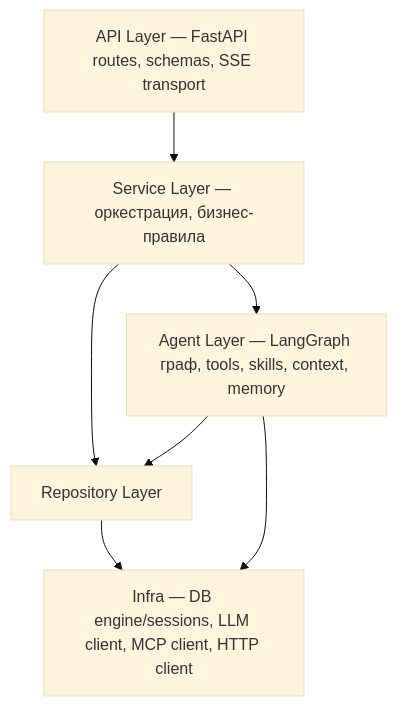
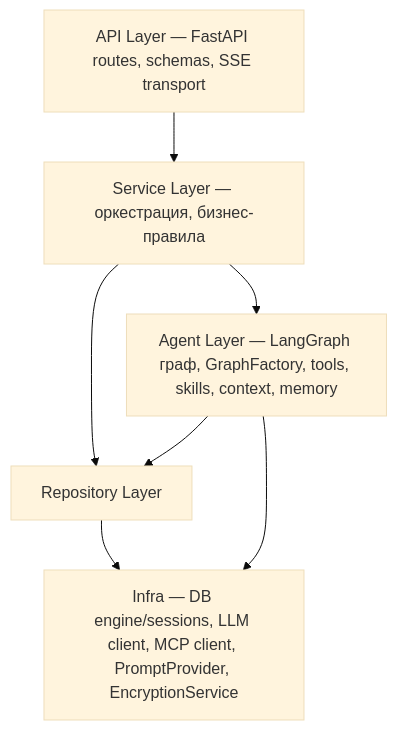
Before and after one commit to Bbar0n234/learnflow-ai: the diagram in doc/tech/backend.md, drawn with Mermaid (base theme). The commit also changed other lines of this file and 8 other files, not shown here.

````diff
--- a/doc/tech/backend.md
+++ b/doc/tech/backend.md
@@ -9,15 +9,15 @@
 ```mermaid
 graph TD
     API["API Layer — FastAPI routes, schemas, SSE transport"]
     SVC["Service Layer — оркестрация, бизнес-правила"]
-    AGT["Agent Layer — LangGraph граф, tools, skills, context, memory"]
+    AGT["Agent Layer — LangGraph граф, GraphFactory, tools, skills, context, memory"]
     REPO["Repository Layer"]
-    INFRA["Infra — DB engine/sessions, LLM client, MCP client, HTTP client"]
+    INFRA["Infra — DB engine/sessions, LLM client, MCP client, PromptProvider, EncryptionService"]
 
     API --> SVC
     SVC --> AGT
     SVC --> REPO
     AGT --> REPO
     REPO --> INFRA
     AGT --> INFRA
 ```
````
